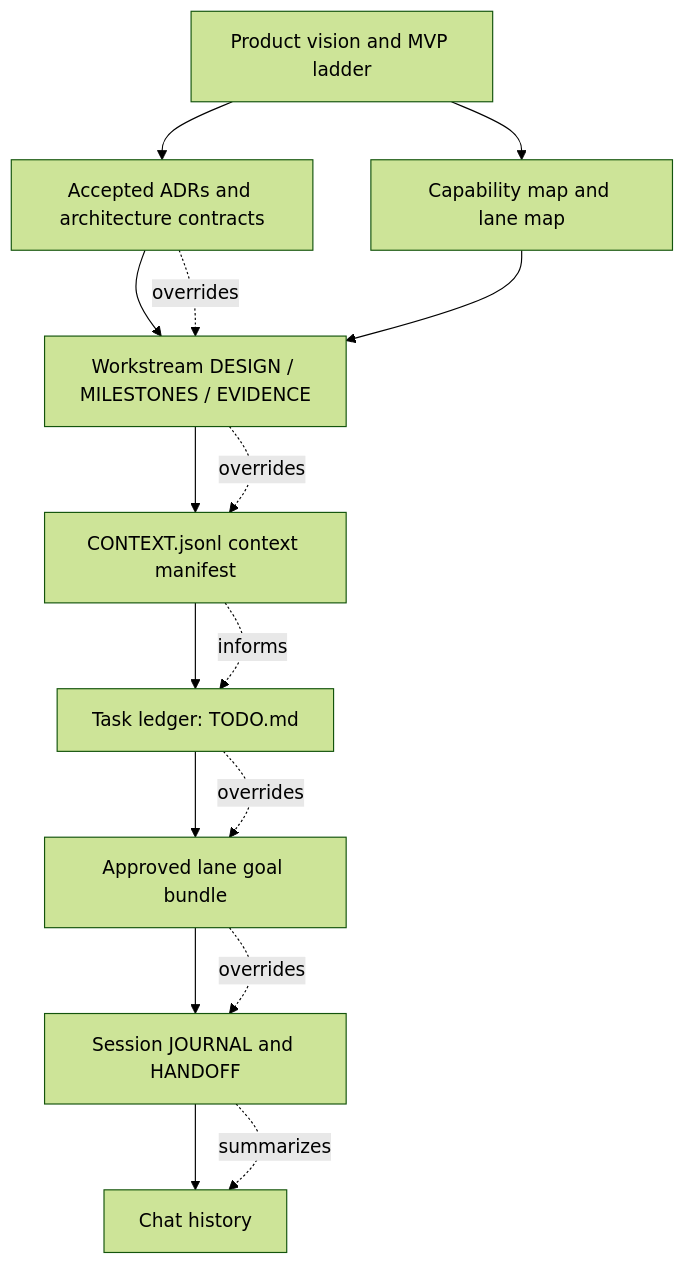
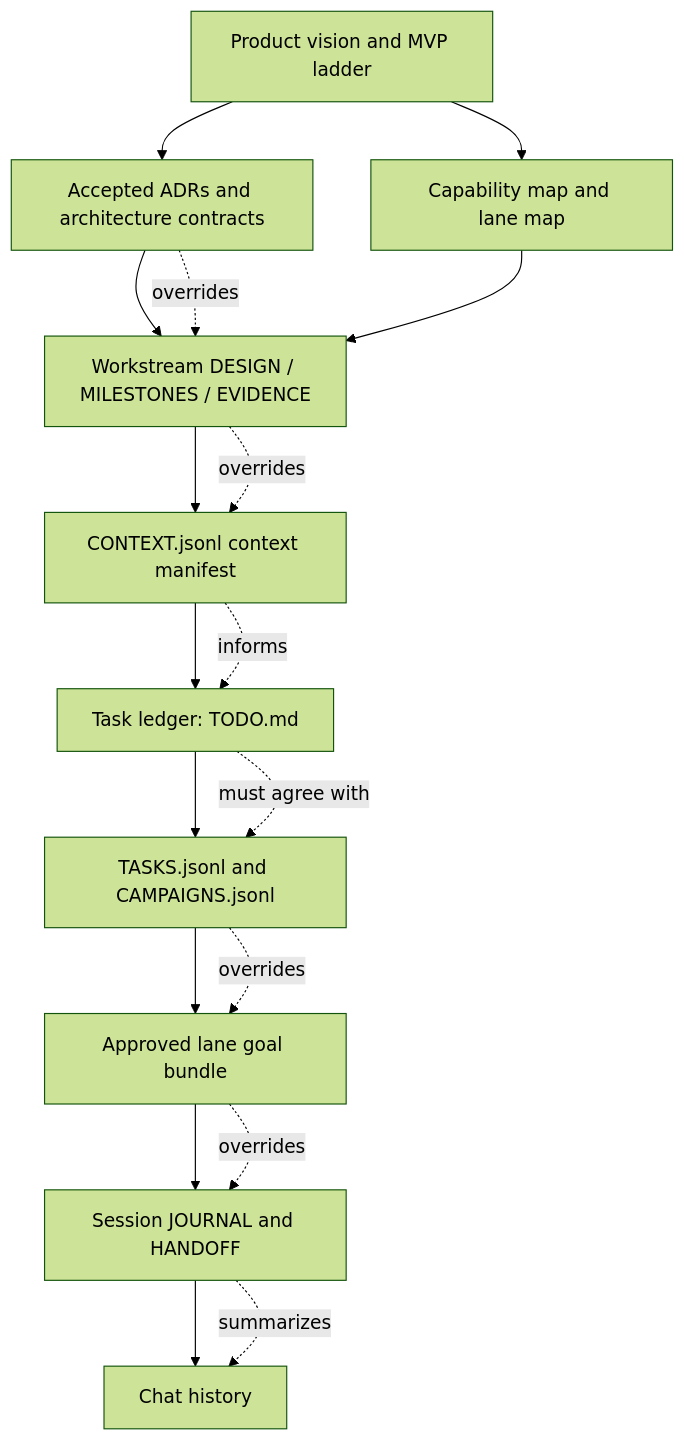
Before and after one commit to Latias94/dev-skills: the second of 3 diagrams in docs/workflow.md, drawn with Mermaid (forest theme). The commit also changed other lines of this file and 37 other files, not shown here.

````diff
--- a/docs/workflow.md
+++ b/docs/workflow.md
@@ -86,19 +86,21 @@
 ```mermaid
 flowchart TD
   Product[Product vision and MVP ladder] --> ADR[Accepted ADRs and architecture contracts]
   Product --> Capability[Capability map and lane map]
   ADR --> Design[Workstream DESIGN / MILESTONES / EVIDENCE]
   Capability --> Design
   Design --> Context[CONTEXT.jsonl context manifest]
   Context --> Ledger[Task ledger: TODO.md]
-  Ledger --> Bundle[Approved lane goal bundle]
+  Ledger --> State[TASKS.jsonl and CAMPAIGNS.jsonl]
+  State --> Bundle[Approved lane goal bundle]
   Bundle --> Journal[Session JOURNAL and HANDOFF]
   Journal --> Chat[Chat history]
 
   ADR -. overrides .-> Design
   Design -. overrides .-> Context
   Context -. informs .-> Ledger
-  Ledger -. overrides .-> Bundle
+  Ledger -. must agree with .-> State
+  State -. overrides .-> Bundle
   Bundle -. overrides .-> Journal
   Journal -. summarizes .-> Chat
 ```
````
